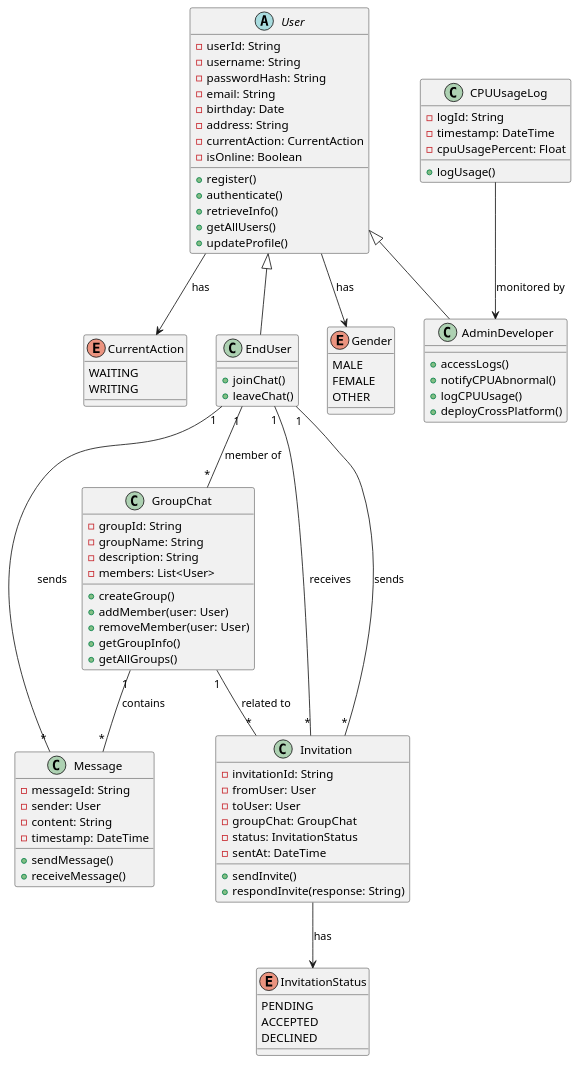
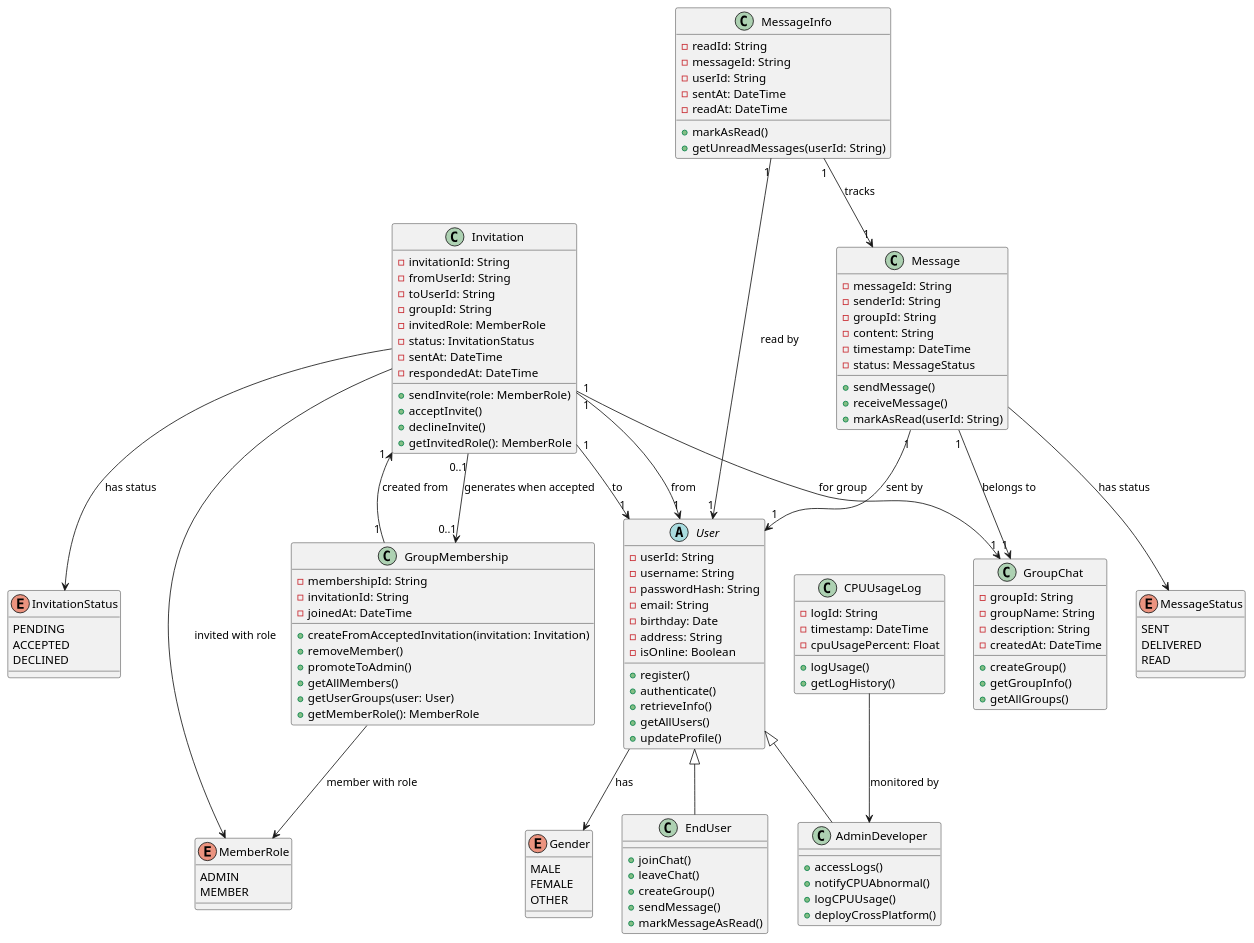
The third of 5 diagrams in doc/requirements.md (Enric0-Balb0/ruggine-chat), drawn with PlantUML before and after one commit. The commit also changed other lines of this file, not shown here.

Commit message:
Update requirements document: add business rules and constraints, enhance user and group management details, and refine performance logging specifications.

```diff
--- a/doc/requirements.md
+++ b/doc/requirements.md
@@ -620,9 +826,15 @@
   OTHER
 }
 
-enum CurrentAction {
-  WAITING
-  WRITING
+enum MemberRole {
+  ADMIN
+  MEMBER
+}
+
+enum MessageStatus {
+  SENT
+  DELIVERED
+  READ
 }
 
 abstract class User {
@@ -632,7 +844,6 @@
   - email: String
   - birthday: Date
   - address: String
-  - currentAction: CurrentAction
   - isOnline: Boolean
   + register()
   + authenticate()
@@ -644,6 +855,9 @@
 class EndUser {
   + joinChat()
   + leaveChat()
+  + createGroup()
+  + sendMessage()
+  + markMessageAsRead()
 }
 
 class AdminDeveloper {
@@ -657,32 +871,59 @@
   - groupId: String
   - groupName: String
   - description: String
-  - members: List<User>
+  - createdAt: DateTime
   + createGroup()
-  + addMember(user: User)
-  + removeMember(user: User)
   + getGroupInfo()
   + getAllGroups()
 }
 
+class GroupMembership {
+  - membershipId: String
+  - invitationId: String
+  - joinedAt: DateTime
+  + createFromAcceptedInvitation(invitation: Invitation)
+  + removeMember()
+  + promoteToAdmin()
+  + getAllMembers()
+  + getUserGroups(user: User)
+  + getMemberRole(): MemberRole
+}
+
 class Message {
   - messageId: String
-  - sender: User
+  - senderId: String
+  - groupId: String
   - content: String
   - timestamp: DateTime
+  - status: MessageStatus
   + sendMessage()
   + receiveMessage()
+  + markAsRead(userId: String)
+}
+
+class MessageInfo {
+  - readId: String
+  - messageId: String
+  - userId: String
+  - sentAt: DateTime
+  - readAt: DateTime
+  + markAsRead()
+  + getUnreadMessages(userId: String)
 }
 
 class Invitation {
   - invitationId: String
-  - fromUser: User
-  - toUser: User
-  - groupChat: GroupChat
+  - fromUserId: String
+  - toUserId: String
+  - groupId: String
+  - invitedRole: MemberRole
   - status: InvitationStatus
   - sentAt: DateTime
-  + sendInvite()
-  + respondInvite(response: String)
+  - respondedAt: DateTime
+  + sendInvite(role: MemberRole)
+  + acceptInvite()
+  + declineInvite()
+  + getInvitedRole(): MemberRole
 }
 
 class CPUUsageLog {
@@ -690,21 +931,36 @@
   - timestamp: DateTime
   - cpuUsagePercent: Float
   + logUsage()
+  + getLogHistory()
 }
 
 User <|-- EndUser
 User <|-- AdminDeveloper
 
-EndUser "1" -- "*" GroupChat : "member of"
-GroupChat "1" -- "*" Message : "contains"
-EndUser "1" -- "*" Message : "sends"
-EndUser "1" -- "*" Invitation : "sends"
-EndUser "1" -- "*" Invitation : "receives"
-GroupChat "1" -- "*" Invitation : "related to"
-Invitation --> InvitationStatus : "has"
+' Invitation relationships
+Invitation "1" --> "1" User : "from"
+Invitation "1" --> "1" User : "to"
+Invitation "1" --> "1" GroupChat : "for group"
+Invitation --> InvitationStatus : "has status"
+Invitation --> MemberRole : "invited with role"
+
+' Group Membership relationships (created from accepted invitations)
+GroupMembership "1" --> "1" Invitation : "created from"
+GroupMembership --> MemberRole: "member with role"
+Invitation "0..1" --> "0..1" GroupMembership : "generates when accepted"
+
+' Message relationships
+Message "1" --> "1" User : "sent by"
+Message "1" --> "1" GroupChat : "belongs to"
+Message --> MessageStatus : "has status"
+
+' Message Read Status relationships
+MessageInfo "1" --> "1" Message : "tracks"
+MessageInfo "1" --> "1" User : "read by"
+
+' Other relationships
 CPUUsageLog --> AdminDeveloper : "monitored by"
 User --> Gender : "has"
-User --> CurrentAction : "has"
 
 @enduml
 
```
